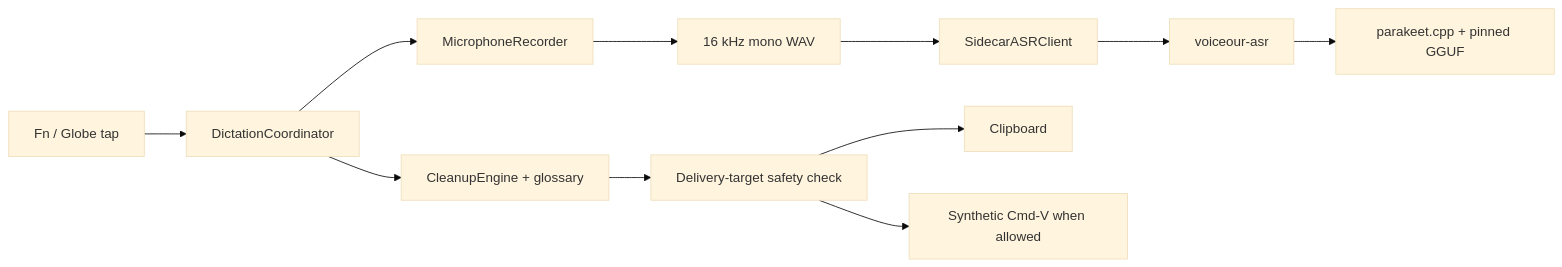
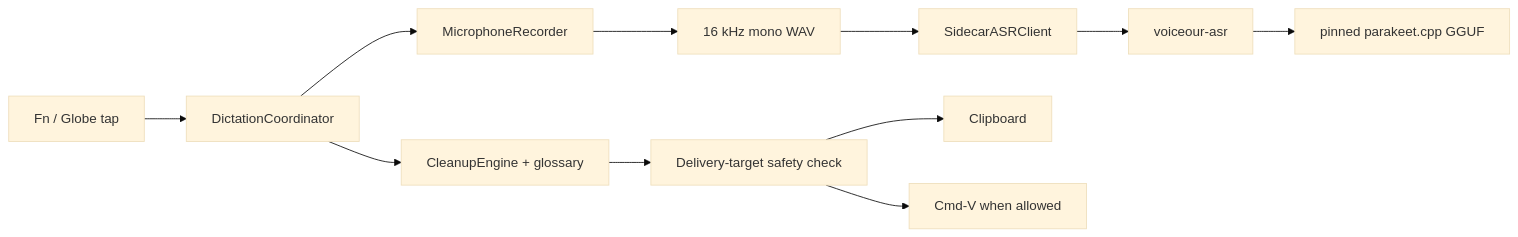
The diagram in docs/architecture.md (joswha/voiceour), drawn with Mermaid (base theme) before and after one commit. The commit also changed other lines of this file and 8 other files, not shown here.

````diff
--- a/docs/architecture.md
+++ b/docs/architecture.md
@@ -5,13 +5,13 @@
 ```mermaid
 flowchart LR
     Hotkey[Fn / Globe tap] --> Coordinator[DictationCoordinator]
     Coordinator --> Recorder[MicrophoneRecorder]
     Recorder --> WAV[16 kHz mono WAV]
     WAV --> Client[SidecarASRClient]
     Client --> Sidecar[voiceour-asr]
-    Sidecar --> Model[parakeet.cpp + pinned GGUF]
+    Sidecar --> Model[pinned parakeet.cpp GGUF]
     Coordinator --> Cleanup[CleanupEngine + glossary]
     Cleanup --> Safety[Delivery-target safety check]
     Safety --> Clipboard[Clipboard]
-    Safety --> Paste[Synthetic Cmd-V when allowed]
+    Safety --> Paste[Cmd-V when allowed]
 ```
````
